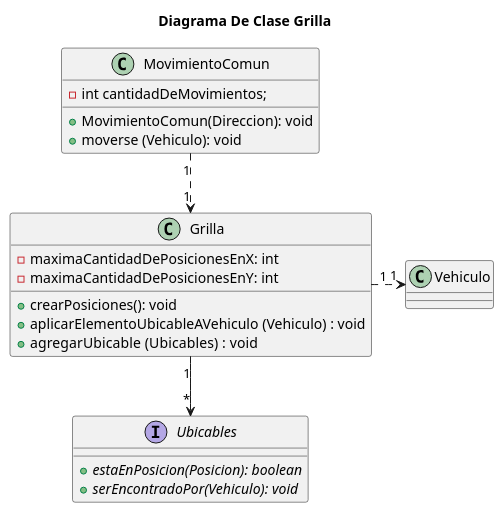
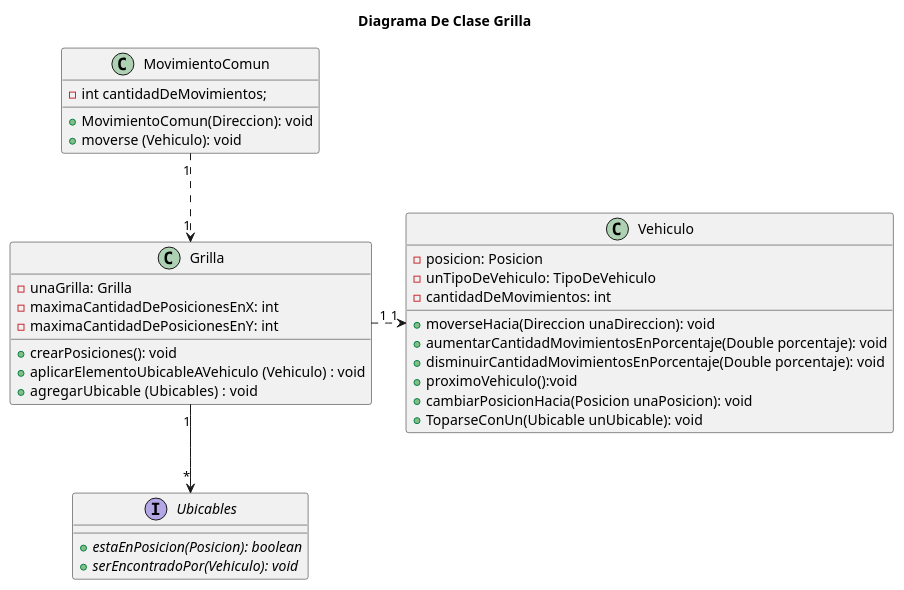
One commit to FacundoBaez1994/Algo3Tp2 changed the diagram in diagrams/classes/DiagramaDeClasesGrilla.puml. Above: the diagram before and after it, drawn with PlantUML. The commit also changed 9 other files, not shown here.

Commit message:
Se corrigieron diagramas de clase

```diff
--- a/diagrams/classes/DiagramaDeClasesGrilla.puml
+++ b/diagrams/classes/DiagramaDeClasesGrilla.puml
@@ -1,27 +1,39 @@
 @startuml
 title Diagrama De Clase Grilla
 
 MovimientoComun "1" .d.> "1" Grilla
 Grilla "1" -d-> "*" Ubicables
 Grilla "1" .r.> "1" Vehiculo
 
 class MovimientoComun {
     - int cantidadDeMovimientos;
     + MovimientoComun(Direccion): void
     + moverse (Vehiculo): void
 }
 
 class Grilla {
+    - unaGrilla: Grilla
     - maximaCantidadDePosicionesEnX: int
     - maximaCantidadDePosicionesEnY: int
     + crearPosiciones(): void
     + aplicarElementoUbicableAVehiculo (Vehiculo) : void
     + agregarUbicable (Ubicables) :  void
+}
+class Vehiculo {
+    - posicion: Posicion
+    - unTipoDeVehiculo: TipoDeVehiculo
+    - cantidadDeMovimientos: int
+    + moverseHacia(Direccion unaDireccion): void
+    + aumentarCantidadMovimientosEnPorcentaje(Double porcentaje): void
+    + disminuirCantidadMovimientosEnPorcentaje(Double porcentaje): void
+    + proximoVehiculo():void
+    + cambiarPosicionHacia(Posicion unaPosicion): void
+    + ToparseConUn(Ubicable unUbicable): void
 }
 
 interface Ubicables {
     + {abstract} estaEnPosicion(Posicion): boolean
     + {abstract} serEncontradoPor(Vehiculo): void
 }
 
 @enduml
```
